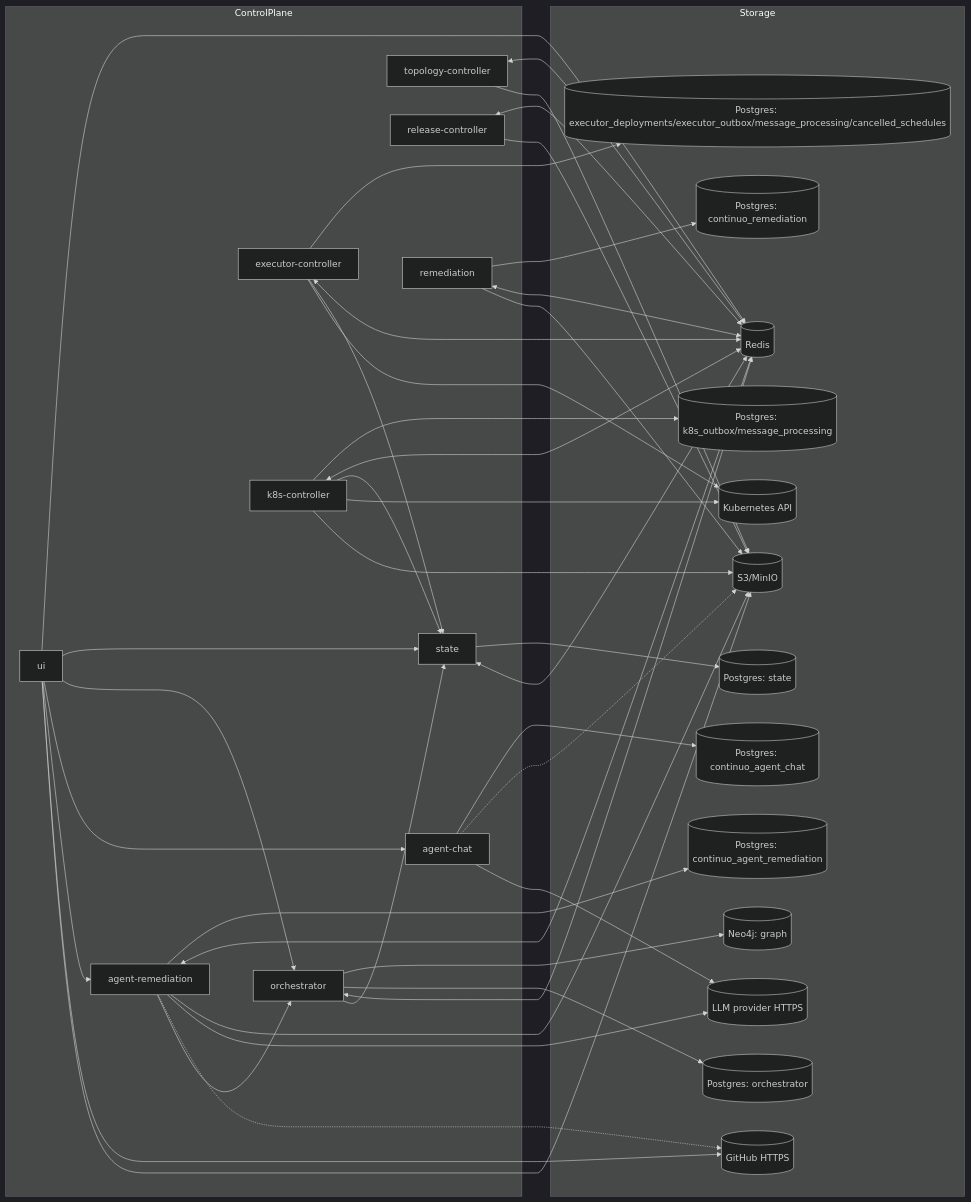
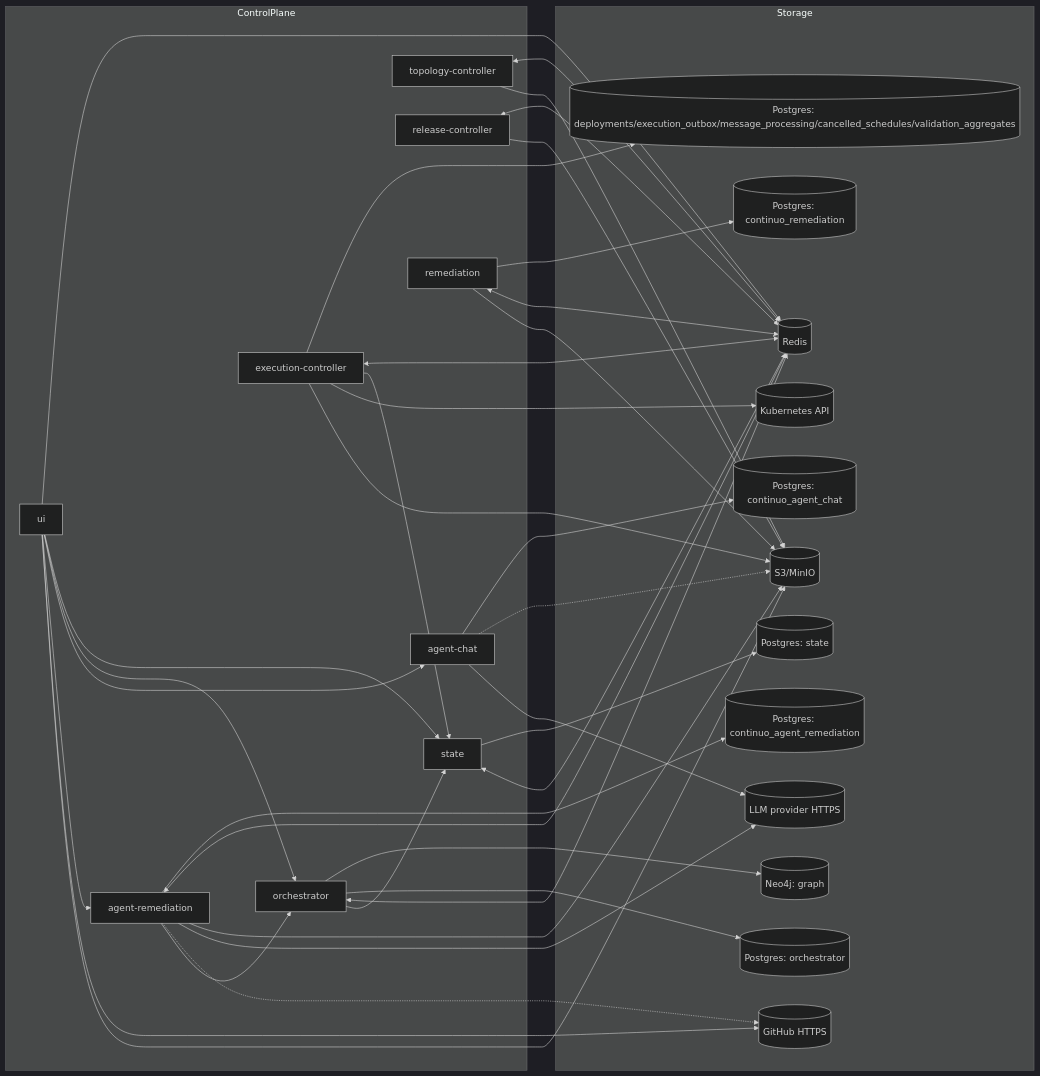
Before and after one commit to carolsimone/continuo: the first of 2 diagrams in docs/arch/01-topology.md, drawn with Mermaid (dark theme). The commit also changed other lines of this file and 504 other files, not shown here.

First line of the commit message:
execution-controller: merge executor-controller and k8s-controller into one service (#553)

````diff
--- a/docs/arch/01-topology.md
+++ b/docs/arch/01-topology.md
@@ -5,73 +5,67 @@
 ```mermaid
 flowchart LR
   subgraph ControlPlane
     ST[state]
     OR[orchestrator]
-    EC[executor-controller]
-    KC[k8s-controller]
+    EC[execution-controller]
     MC[topology-controller]
     RC[release-controller]
     UI[ui]
     AR[agent-chat]
     REM[remediation]
     REMA[agent-remediation]
   end
 
   subgraph Storage
     STDB[(Postgres: state)]
     ORPG[(Postgres: orchestrator)]
     GRDB[(Neo4j: graph)]
-    ECPG[(Postgres: executor_deployments/executor_outbox/message_processing/cancelled_schedules)]
-    KCPG[(Postgres: k8s_outbox/message_processing)]
+    ECPG[(Postgres: deployments/execution_outbox/message_processing/cancelled_schedules/validation_aggregates)]
     AGPG[(Postgres: continuo_agent_chat)]
     REMPG[(Postgres: continuo_remediation)]
     REMAGPG[(Postgres: continuo_agent_remediation)]
     S3[(S3/MinIO)]
     K8S[(Kubernetes API)]
     R[(Redis)]
     LLM[(LLM provider HTTPS)]
     GH[(GitHub HTTPS)]
   end
 
   ST --> STDB
   OR --> GRDB
   OR --> ORPG
   EC --> ECPG
-  KC --> KCPG
   AR --> AGPG
   REM --> REMPG
   REMA --> REMAGPG
 
   ST <--> R
   OR <--> R
   EC <--> R
-  KC <--> R
   MC <--> R
   RC <--> R
   UI --> R
   REM <--> R
   REMA <--> R
 
   OR --> ST
   EC --> ST
-  KC --> ST
   UI --> ST
   UI --> OR
   UI --> AR
   UI --> REMA
   UI --> GH
 
   EC --> K8S
-  KC --> K8S
-  KC --> S3
+  EC --> S3
   MC --> S3
   RC --> S3
   AR -.-> S3
   AR --> LLM
   REM --> S3
   REMA --> S3
   REMA --> LLM
   REMA -.-> GH
   REMA --> OR
   UI --> S3
 ```
````
